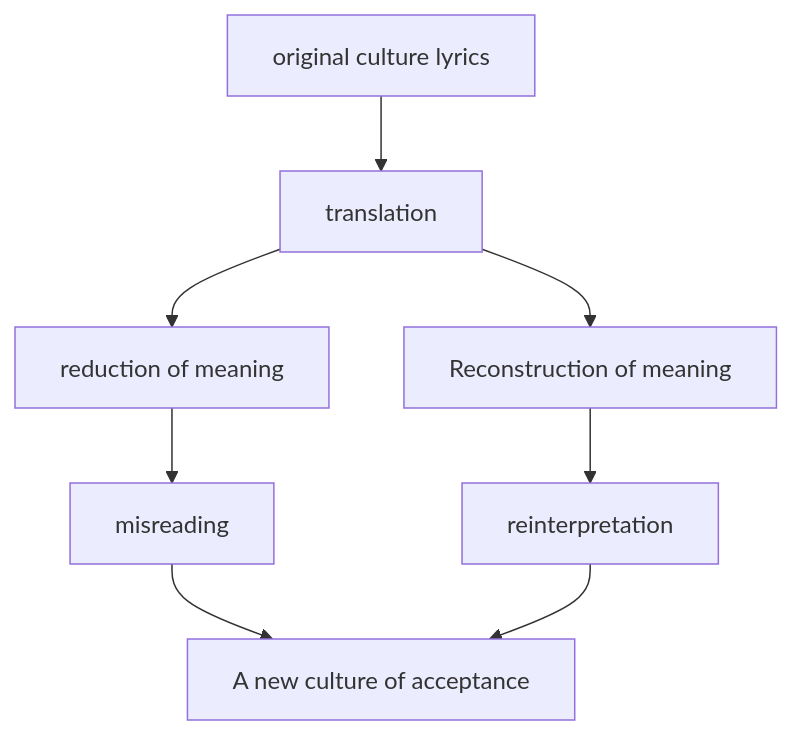
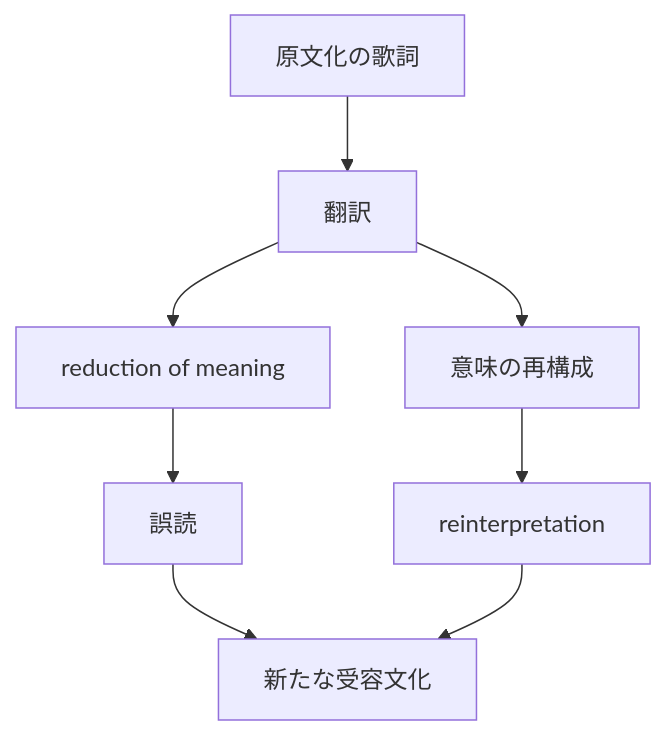
The second of 2 diagrams in en/_posts/2026-01-16-column-lyric-translation.md (monumental-movement/monumental-movement.github.io), drawn with Mermaid before and after one commit. The commit also changed other lines of this file and 2196 other files, not shown here.

```diff
--- a/en/_posts/2026-01-16-column-lyric-translation.md
+++ b/en/_posts/2026-01-16-column-lyric-translation.md
@@ -201,10 +200,10 @@
 <div class="mermaid">
 graph TD
-    A[original culture lyrics] --> B[translation]
+    A[原文化の歌詞] --> B[翻訳]
     B --> C[reduction of meaning]
-    B --> D[Reconstruction of meaning]
-    C --> E[misreading]
+    B --> D[意味の再構成]
+    C --> E[誤読]
     D --> F[reinterpretation]
-    E --> G[A new culture of acceptance]
+    E --> G[新たな受容文化]
     F --> G
 </div>
```
